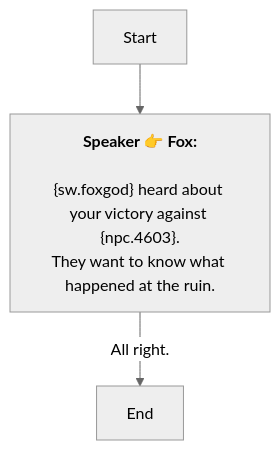
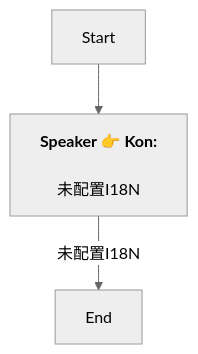
Before and after one commit to SoftHu/tos_avg: the diagram in En/QuestStartTalkENode_1761913551980846.md, drawn with Mermaid (neutral theme). The commit also changed 730 other files, not shown here.

````diff
--- a/En/QuestStartTalkENode_1761913551980846.md
+++ b/En/QuestStartTalkENode_1761913551980846.md
@@ -1,8 +1,7 @@
 ```mermaid
 graph
-Start -->1761913589297457[<b>Speaker 👉 Fox:</b>
-\n&lbrace;sw.foxgod&rbrace; heard about your victory against &lbrace;npc.4603&rbrace;.
-They want to know what happened at the ruin.]
-1761913589297457 -->|All right.|1761913677739318[End]
+Start -->1761913589297457[<b>Speaker 👉 Kon:</b>
+\n未配置I18N]
+1761913589297457 -->|未配置I18N|1761913677739318[End]
 
 ```
````
